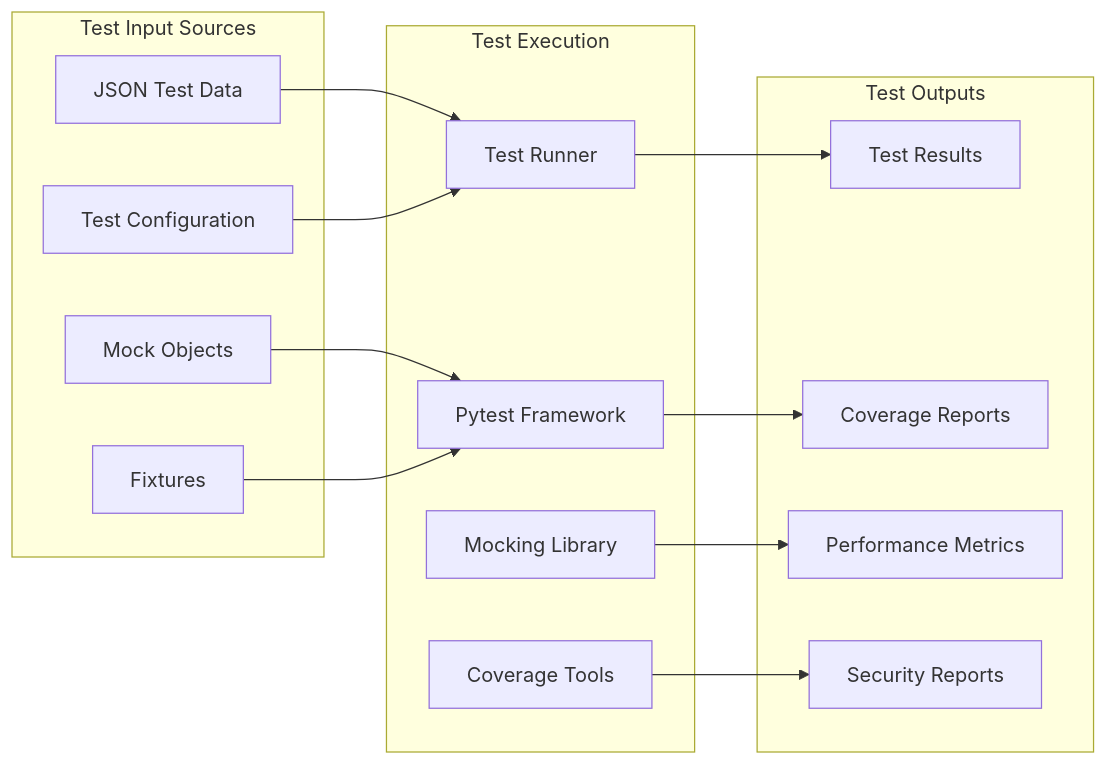
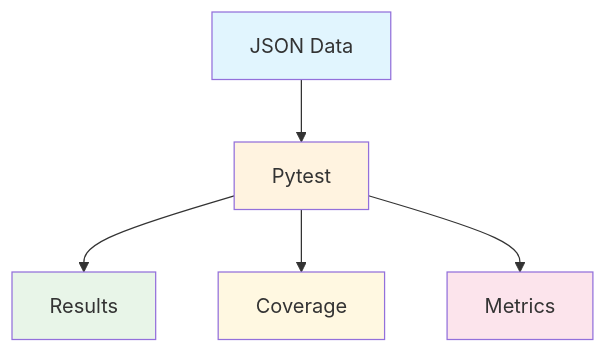
Before and after one commit to Shakour-Data/AutoProjectManagement: the second of 2 diagrams in tests/README.md, drawn with Mermaid. The commit also changed other lines of this file, not shown here.

````diff
--- a/tests/README.md
+++ b/tests/README.md
@@ -53,32 +39,13 @@
 ```mermaid
-flowchart LR
-    subgraph "Test Input Sources"
-        A[JSON Test Data]
-        B[Mock Objects]
-        C[Fixtures]
-        D[Test Configuration]
-    end
+flowchart TD
+    Input[JSON Data] --> Runner[Pytest]
+    Runner --> Results[Results]
+    Runner --> Coverage[Coverage]
+    Runner --> Metrics[Metrics]
     
-    subgraph "Test Execution"
-        E[Test Runner]
-        F[Pytest Framework]
-        G[Mocking Library]
-        H[Coverage Tools]
-    end
-    
-    subgraph "Test Outputs"
-        I[Test Results]
-        J[Coverage Reports]
-        K[Performance Metrics]
-        L[Security Reports]
-    end
-    
-    A --> E
-    B --> F
-    C --> F
-    D --> E
-    E --> I
-    F --> J
-    G --> K
-    H --> L
+    style Input fill:#e1f5fe
+    style Runner fill:#fff3e0
+    style Results fill:#e8f5e8
+    style Coverage fill:#fff8e1
+    style Metrics fill:#fce4ec
 ```
````
